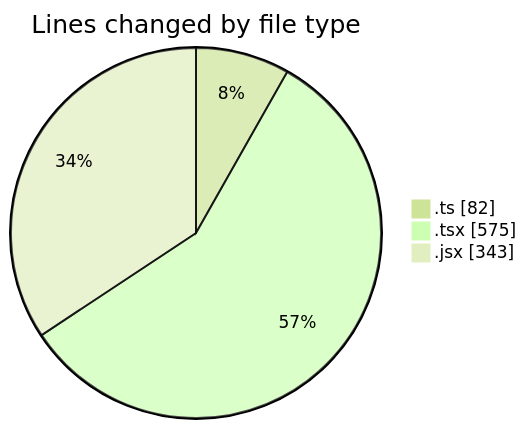
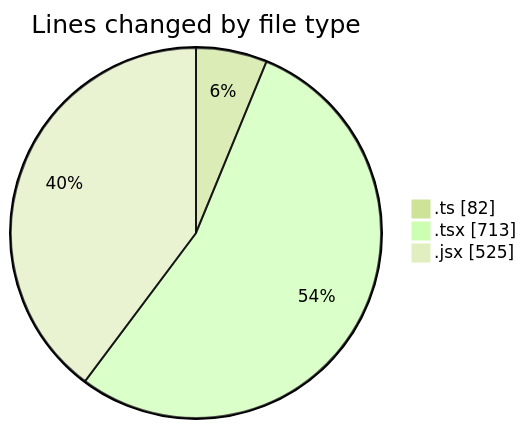
The first of 2 diagrams in 2025-01-25/termonied-web/README.md (robertbonfada/code-tracking), drawn with Mermaid (forest theme) before and after one commit. The commit also changed other lines of this file and 1 other file, not shown here.

````diff
--- a/2025-01-25/termonied-web/README.md
+++ b/2025-01-25/termonied-web/README.md
@@ -24,7 +27,7 @@
 ```mermaid
 pie showData
 title Lines changed by file type
 ".ts" : 82
-".tsx" : 575
-".jsx" : 343
+".tsx" : 713
+".jsx" : 525
 ```
````
